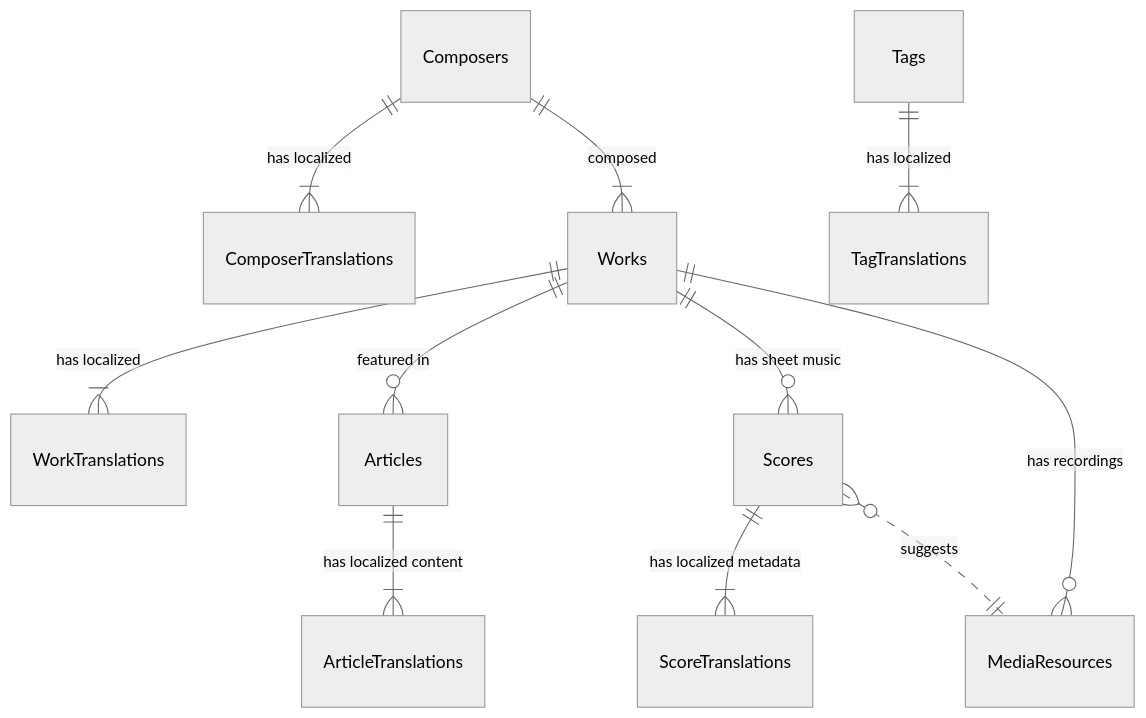
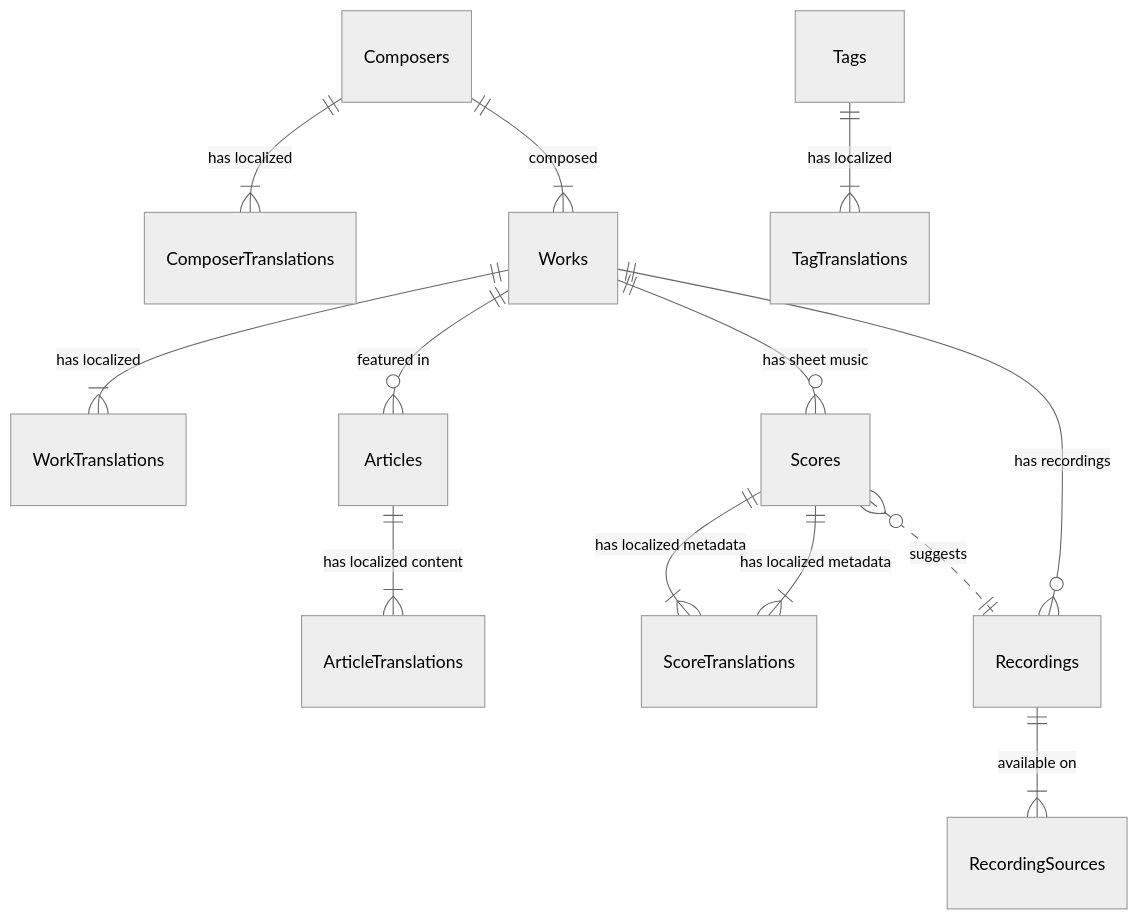
Before and after one commit to preludio-lab/preludio-lab: the diagram in docs/05_design/database-schema.md, drawn with Mermaid (neutral theme). The commit also changed other lines of this file, not shown here.

Commit message:
docs: Media/Recordingsを分離する3テーブル構成へ刷新（拡張性とドメイン分離）

````diff
--- a/docs/05_design/database-schema.md
+++ b/docs/05_design/database-schema.md
@@ -27,20 +27,22 @@
 ```mermaid
 erDiagram
     %% Masters (Reference)
     Composers ||--|{ ComposerTranslations : "has localized"
     Composers ||--|{ Works : "composed"
     Works ||--|{ WorkTranslations : "has localized"
     
     %% Application Core (Zero-JOIN)
     Works ||--o{ Articles : "featured in"
     Articles ||--|{ ArticleTranslations : "has localized content"
     
     %% Shared Assets
     Works ||--o{ Scores : "has sheet music"
     Scores ||--|{ ScoreTranslations : "has localized metadata"
-    Scores }o..|| MediaResources : "suggests"
-    Works ||--o{ MediaResources : "has recordings"
+    Scores ||--|{ ScoreTranslations : "has localized metadata"
+    Scores }o..|| Recordings : "suggests"
+    Works ||--o{ Recordings : "has recordings"
+    Recordings ||--|{ RecordingSources : "available on"
 
     %% Taxonomy
     Tags ||--|{ TagTranslations : "has localized"
 ```
````
